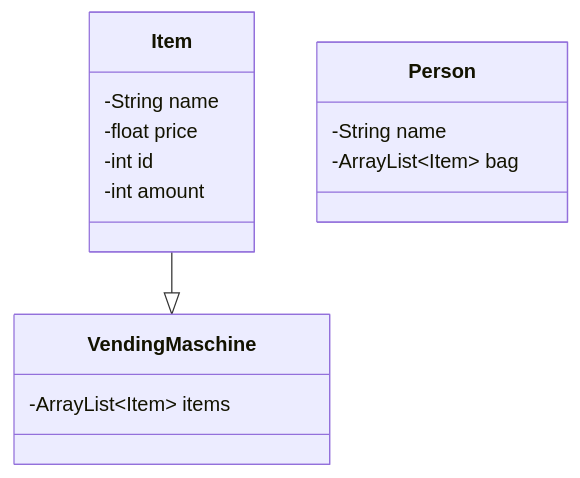
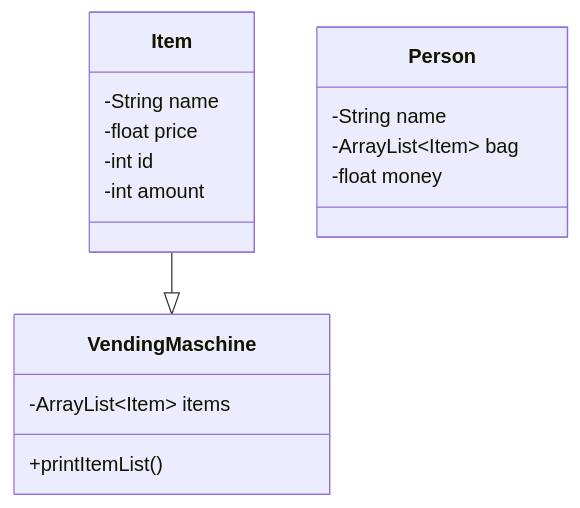
One commit to Timofey-Makhankov/Snack-Automat changed the diagram in README.md. Above: the diagram before and after it, drawn with Mermaid. The commit also changed other lines of this file and 1 other file, not shown here.

Commit message:
updated README & implemented Vending Maschien Class

````diff
--- a/README.md
+++ b/README.md
@@ -5,21 +8,22 @@
 ```mermaid
     classDiagram
     class VendingMaschine{
         -ArrayList~Item~ items
-        
+        +printItemList()
     }
 
     class Item {
         -String name
         -float price
         -int id
         -int amount
     }
 
     class Person {
         -String name
         -ArrayList~Item~ bag
+        -float money
     }
 
     Item --|>VendingMaschine
 ```
````
